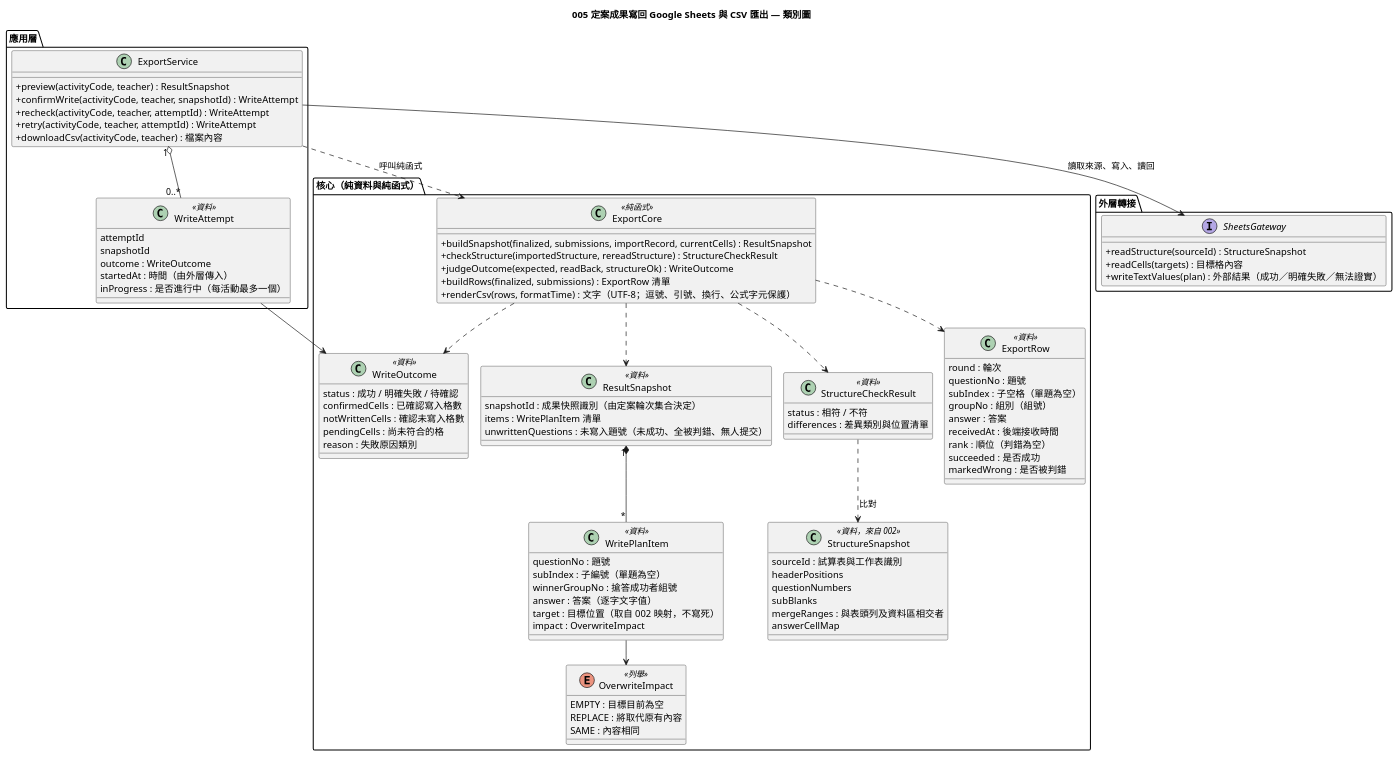
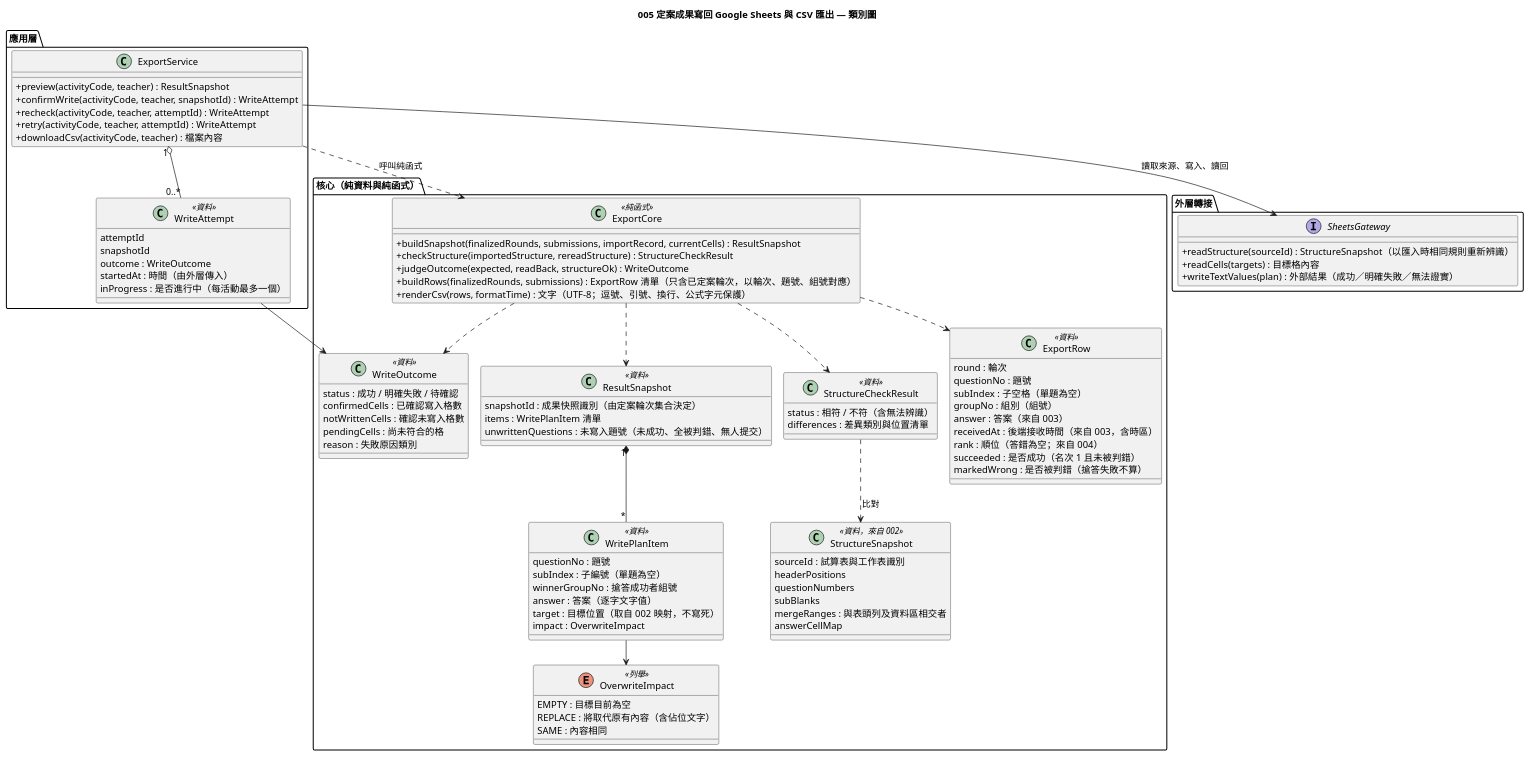
The diagram in diagrams/005-result-export-class.puml (EricC430/lecture-answer-first_group16_speckit), drawn with PlantUML before and after one commit. The commit also changed 7 other files, not shown here.

First line of the commit message:
docs: 005 spec、圖表與檢查表依 001～004 實作重寫 (#9)

```diff
--- a/diagrams/005-result-export-class.puml
+++ b/diagrams/005-result-export-class.puml
@@ -1,109 +1,109 @@
 @startuml 005-result-export-class
 !pragma layout smetana
 skinparam defaultFontName "Microsoft JhengHei"
 skinparam classAttributeIconSize 0
 title 005 定案成果寫回 Google Sheets 與 CSV 匯出 — 類別圖
 
 package "核心（純資料與純函式）" {
   class ResultSnapshot <<資料>> {
     snapshotId : 成果快照識別（由定案輪次集合決定）
     items : WritePlanItem 清單
     unwrittenQuestions : 未寫入題號（未成功、全被判錯、無人提交）
   }
 
   class WritePlanItem <<資料>> {
     questionNo : 題號
     subIndex : 子編號（單題為空）
     winnerGroupNo : 搶答成功者組號
     answer : 答案（逐字文字值）
     target : 目標位置（取自 002 映射，不寫死）
     impact : OverwriteImpact
   }
 
   enum OverwriteImpact <<列舉>> {
     EMPTY : 目標目前為空
-    REPLACE : 將取代原有內容
+    REPLACE : 將取代原有內容（含佔位文字）
     SAME : 內容相同
   }
 
   class StructureSnapshot <<資料，來自 002>> {
     sourceId : 試算表與工作表識別
     headerPositions
     questionNumbers
     subBlanks
     mergeRanges : 與表頭列及資料區相交者
     answerCellMap
   }
 
   class StructureCheckResult <<資料>> {
-    status : 相符 / 不符
+    status : 相符 / 不符（含無法辨識）
     differences : 差異類別與位置清單
   }
 
   class WriteOutcome <<資料>> {
     status : 成功 / 明確失敗 / 待確認
     confirmedCells : 已確認寫入格數
     notWrittenCells : 確認未寫入格數
     pendingCells : 尚未符合的格
     reason : 失敗原因類別
   }
 
   class ExportRow <<資料>> {
     round : 輪次
     questionNo : 題號
     subIndex : 子空格（單題為空）
     groupNo : 組別（組號）
-    answer : 答案
-    receivedAt : 後端接收時間
-    rank : 順位（判錯為空）
-    succeeded : 是否成功
-    markedWrong : 是否被判錯
+    answer : 答案（來自 003）
+    receivedAt : 後端接收時間（來自 003，含時區）
+    rank : 順位（答錯為空；來自 004）
+    succeeded : 是否成功（名次 1 且未被判錯）
+    markedWrong : 是否被判錯（搶答失敗不算）
   }
 
   class ExportCore <<純函式>> {
-    +buildSnapshot(finalized, submissions, importRecord, currentCells) : ResultSnapshot
+    +buildSnapshot(finalizedRounds, submissions, importRecord, currentCells) : ResultSnapshot
     +checkStructure(importedStructure, rereadStructure) : StructureCheckResult
     +judgeOutcome(expected, readBack, structureOk) : WriteOutcome
-    +buildRows(finalized, submissions) : ExportRow 清單
+    +buildRows(finalizedRounds, submissions) : ExportRow 清單（只含已定案輪次，以輪次、題號、組號對應）
     +renderCsv(rows, formatTime) : 文字（UTF-8；逗號、引號、換行、公式字元保護）
   }
 }
 
 package "應用層" {
   class ExportService {
     +preview(activityCode, teacher) : ResultSnapshot
     +confirmWrite(activityCode, teacher, snapshotId) : WriteAttempt
     +recheck(activityCode, teacher, attemptId) : WriteAttempt
     +retry(activityCode, teacher, attemptId) : WriteAttempt
     +downloadCsv(activityCode, teacher) : 檔案內容
   }
 
   class WriteAttempt <<資料>> {
     attemptId
     snapshotId
     outcome : WriteOutcome
     startedAt : 時間（由外層傳入）
     inProgress : 是否進行中（每活動最多一個）
   }
 }
 
 package "外層轉接" {
   interface SheetsGateway {
-    +readStructure(sourceId) : StructureSnapshot
+    +readStructure(sourceId) : StructureSnapshot（以匯入時相同規則重新辨識）
     +readCells(targets) : 目標格內容
     +writeTextValues(plan) : 外部結果（成功／明確失敗／無法證實）
   }
 }
 
 ExportCore ..> ResultSnapshot
 ExportCore ..> StructureCheckResult
 ExportCore ..> WriteOutcome
 ExportCore ..> ExportRow
 ResultSnapshot "1" *-- "*" WritePlanItem
 WritePlanItem --> OverwriteImpact
 StructureCheckResult ..> StructureSnapshot : 比對
 ExportService ..> ExportCore : 呼叫純函式
 ExportService --> SheetsGateway : 讀取來源、寫入、讀回
 ExportService "1" o-- "0..*" WriteAttempt
 WriteAttempt --> WriteOutcome
 @enduml
```
